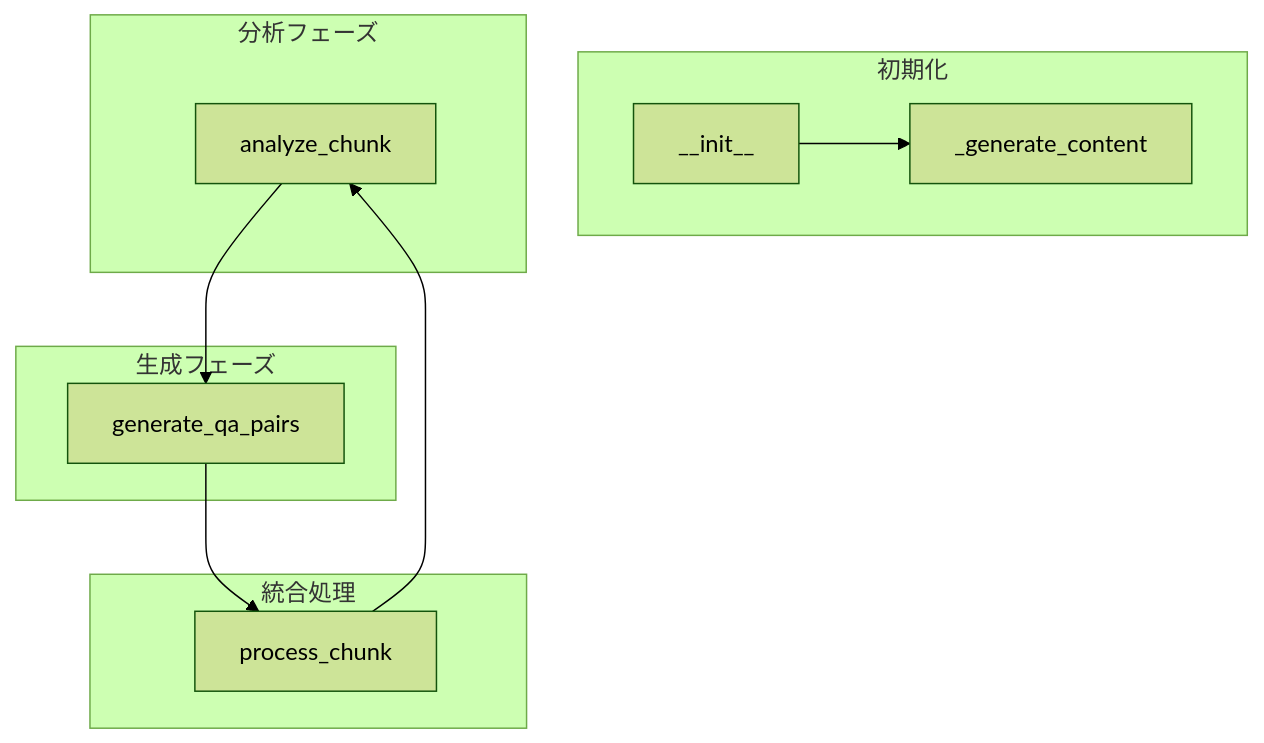
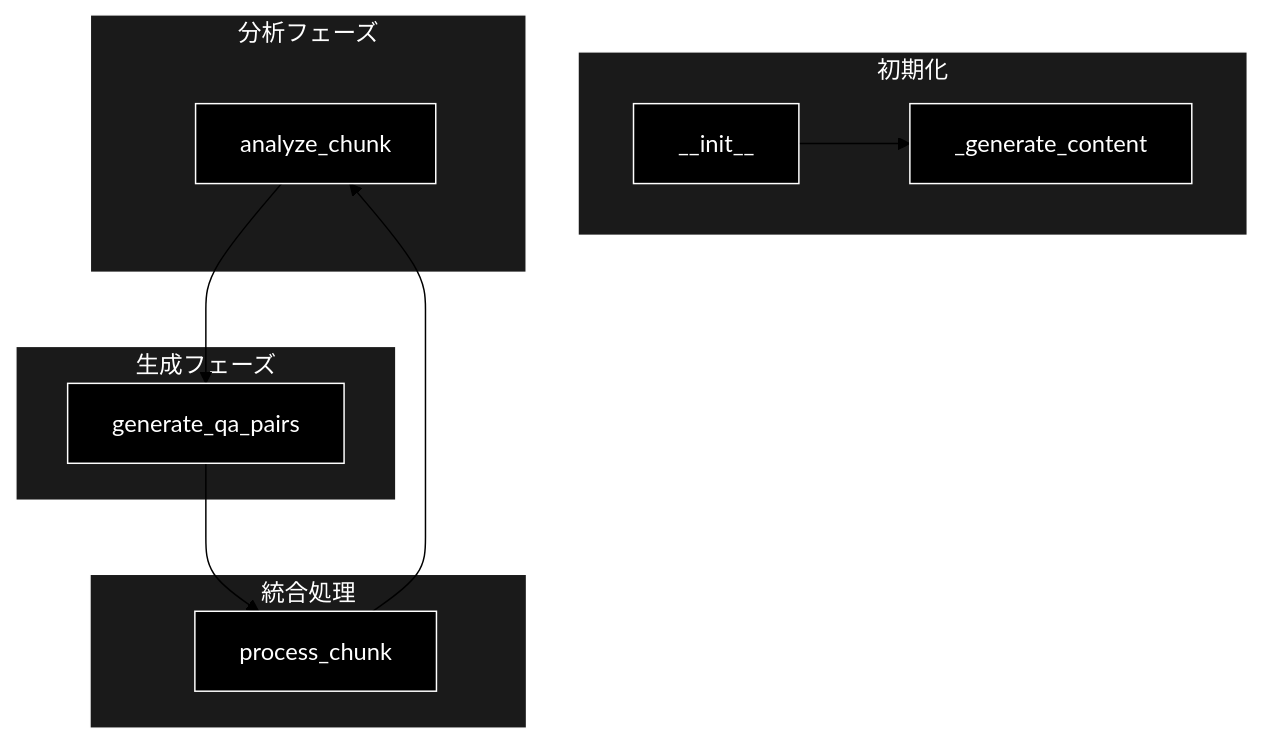
One commit to nakashima2toshio/ollama_grace_agent_v2 changed the fourth of 8 diagrams in qa_qdrant/doc/make_qa_qapipeline.md. Above: the diagram before and after it, drawn with Mermaid (forest theme). The commit also changed other lines of this file and 12 other files, not shown here.

````diff
--- a/qa_qdrant/doc/make_qa_qapipeline.md
+++ b/qa_qdrant/doc/make_qa_qapipeline.md
@@ -175,24 +194,31 @@
 ```mermaid
 flowchart TB
     subgraph INIT["初期化"]
         INIT_CLIENT[__init__]
         GEN_CONTENT[_generate_content]
     end
 
     subgraph ANALYZE["分析フェーズ"]
         ANALYZE_CHUNK[analyze_chunk]
     end
 
     subgraph GENERATE["生成フェーズ"]
         GEN_QA[generate_qa_pairs]
     end
 
     subgraph COMBINED["統合処理"]
         PROCESS[process_chunk]
     end
 
     INIT_CLIENT --> GEN_CONTENT
     PROCESS --> ANALYZE_CHUNK
     ANALYZE_CHUNK --> GEN_QA
     GEN_QA --> PROCESS
+classDef default fill:#000,stroke:#fff,color:#fff
+classDef subgraphStyle fill:#1a1a1a,stroke:#fff,color:#fff
+class INIT_CLIENT,GEN_CONTENT,ANALYZE_CHUNK,GEN_QA,PROCESS default
+style INIT fill:#1a1a1a,stroke:#fff,color:#fff
+style ANALYZE fill:#1a1a1a,stroke:#fff,color:#fff
+style GENERATE fill:#1a1a1a,stroke:#fff,color:#fff
+style COMBINED fill:#1a1a1a,stroke:#fff,color:#fff
 ```
````
